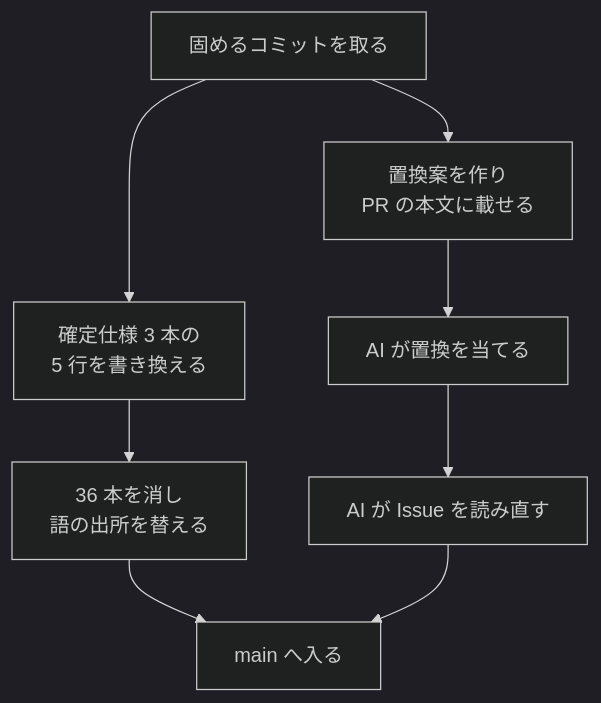
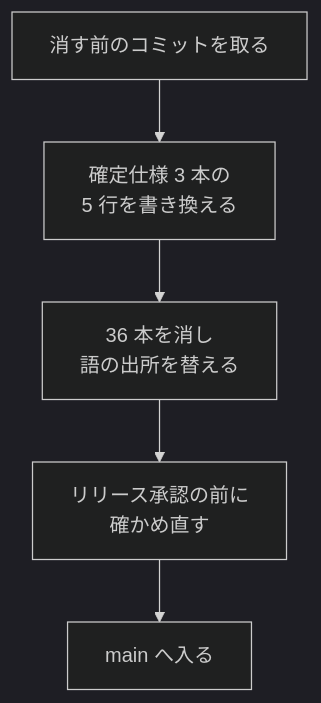
Before and after one commit to devbasex/ai-plugins: the second of 2 diagrams in issues/issue-3990-design.md, drawn with Mermaid (dark theme). The commit also changed other lines of this file and 1 other file, not shown here.

First line of the commit message:
Docs: #3990 の範囲を設計文書 36 本の削除に絞り、Issue のリンクの書き換えを設計と要求仕様から外す（承認の選択 (2)）（#3990）

````diff
--- a/issues/issue-3990-design.md
+++ b/issues/issue-3990-design.md
@@ -113,10 +62,7 @@
 ```mermaid
 graph TD
-    A[固めるコミットを取る] --> B[置換案を作り<br/>PR の本文に載せる]
-    A --> C[確定仕様 3 本の<br/>5 行を書き換える]
+    A[消す前のコミットを取る] --> C[確定仕様 3 本の<br/>5 行を書き換える]
     C --> E[36 本を消し<br/>語の出所を替える]
-    B --> F[AI が置換を当てる]
-    F --> H[AI が Issue を読み直す]
-    E --> M[main へ入る]
-    H --> M
+    E --> V[リリース承認の前に<br/>確かめ直す]
+    V --> M[main へ入る]
 ```
````
